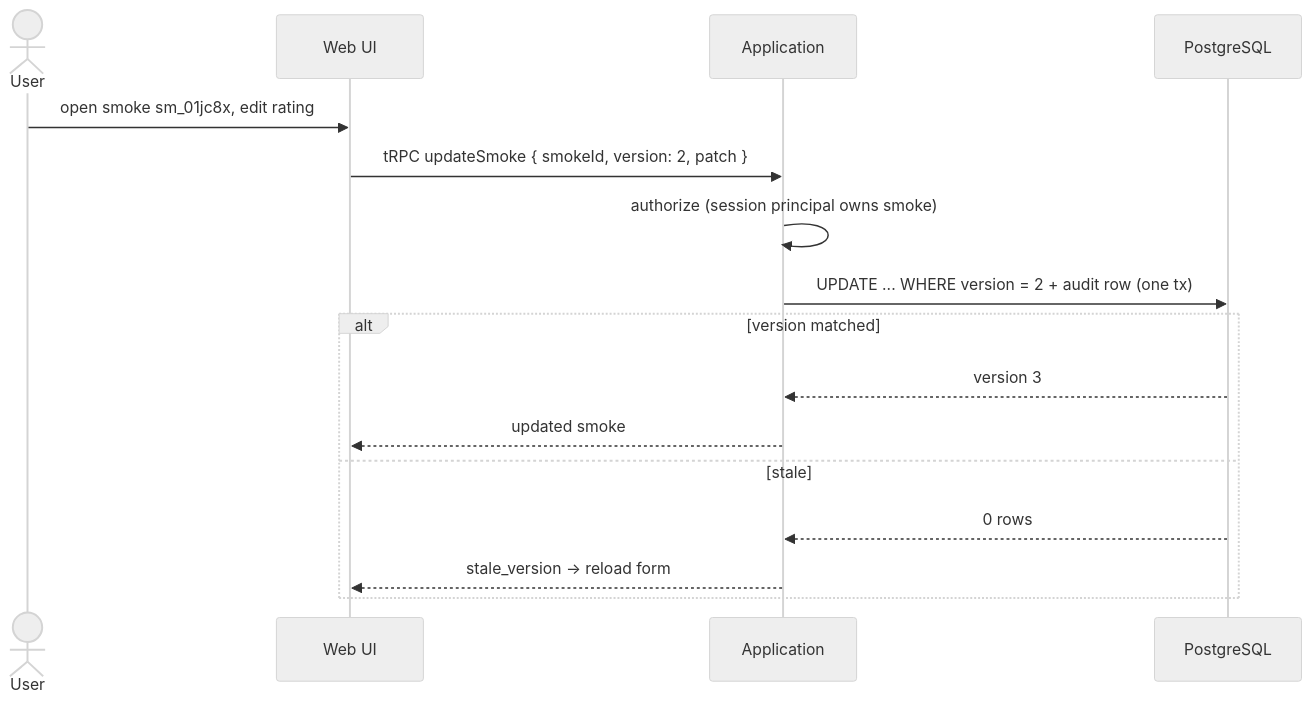
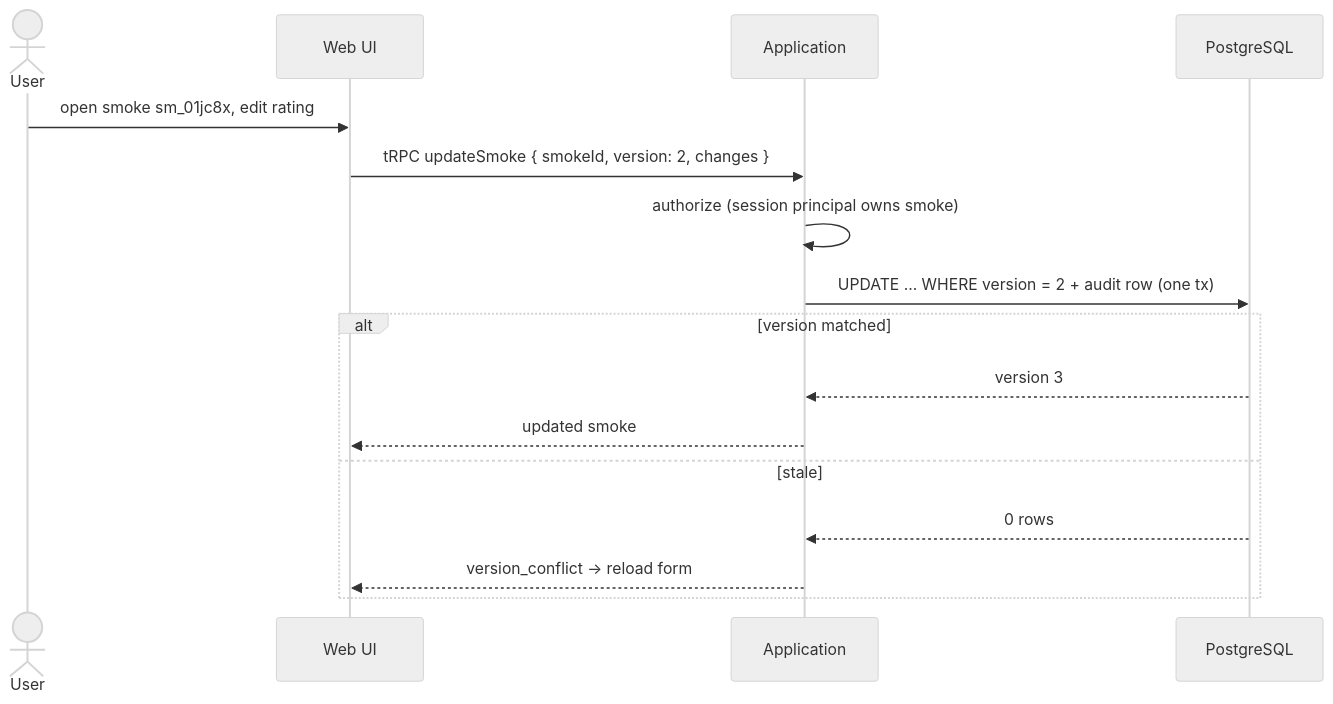
One commit to thaynes43/cigar-journal changed the diagram in docs/flows/005-edit-smoke.md. Above: the diagram before and after it, drawn with Mermaid (neutral theme). The commit also changed other lines of this file and 19 other files, not shown here.

First line of the commit message:
docs: revision pass from architecture review — client-neutral MCP, retry-safe mutations, relaxed cigar taxonomy

````diff
--- a/docs/flows/005-edit-smoke.md
+++ b/docs/flows/005-edit-smoke.md
@@ -9,18 +9,18 @@
 ```mermaid
 sequenceDiagram
     actor U as User
     participant W as Web UI
     participant A as Application
     participant P as PostgreSQL
     U->>W: open smoke sm_01jc8x, edit rating
-    W->>A: tRPC updateSmoke { smokeId, version: 2, patch }
+    W->>A: tRPC updateSmoke { smokeId, version: 2, changes }
     A->>A: authorize (session principal owns smoke)
     A->>P: UPDATE ... WHERE version = 2 + audit row (one tx)
     alt version matched
         P-->>A: version 3
         A-->>W: updated smoke
     else stale
         P-->>A: 0 rows
-        A-->>W: stale_version → reload form
+        A-->>W: version_conflict → reload form
     end
 ```
````
